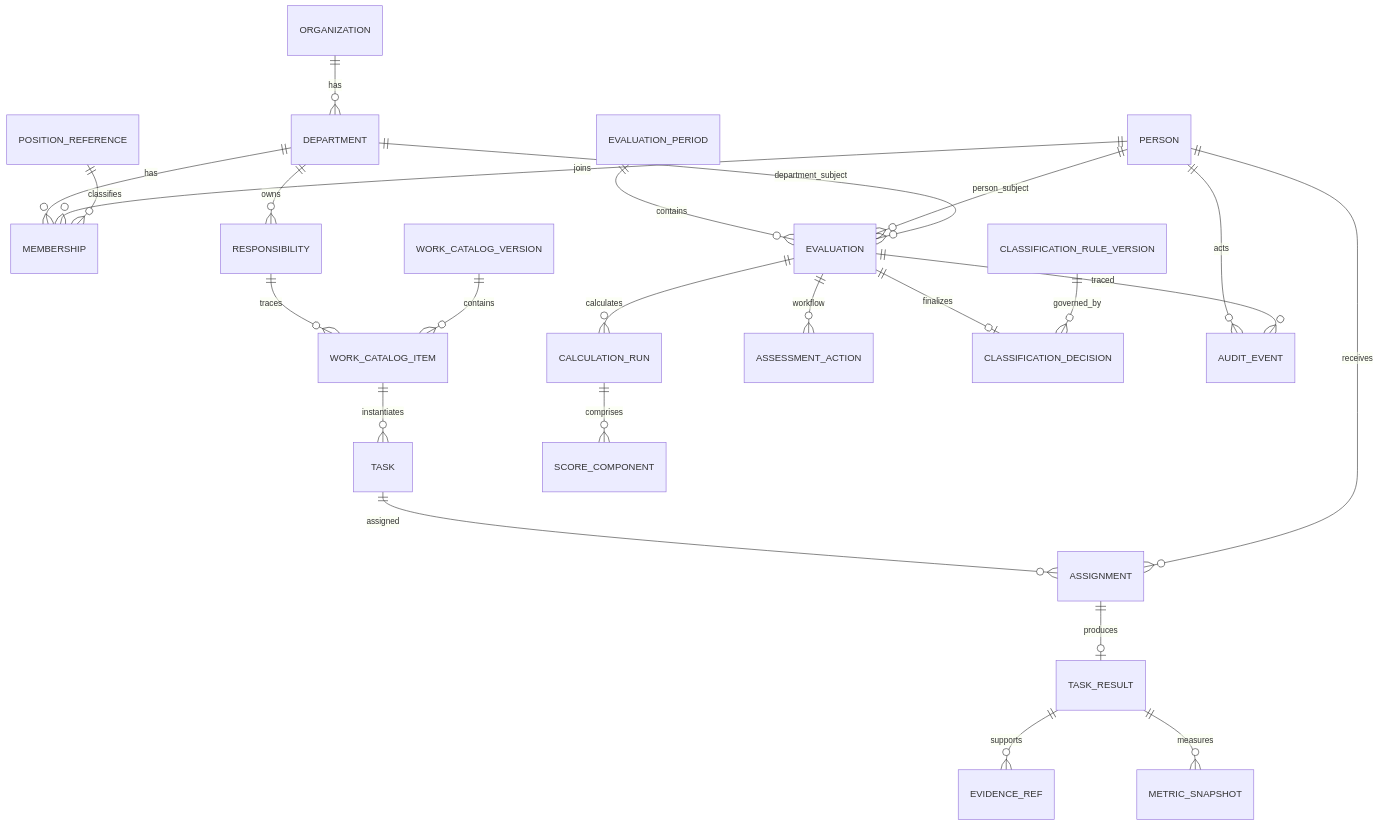
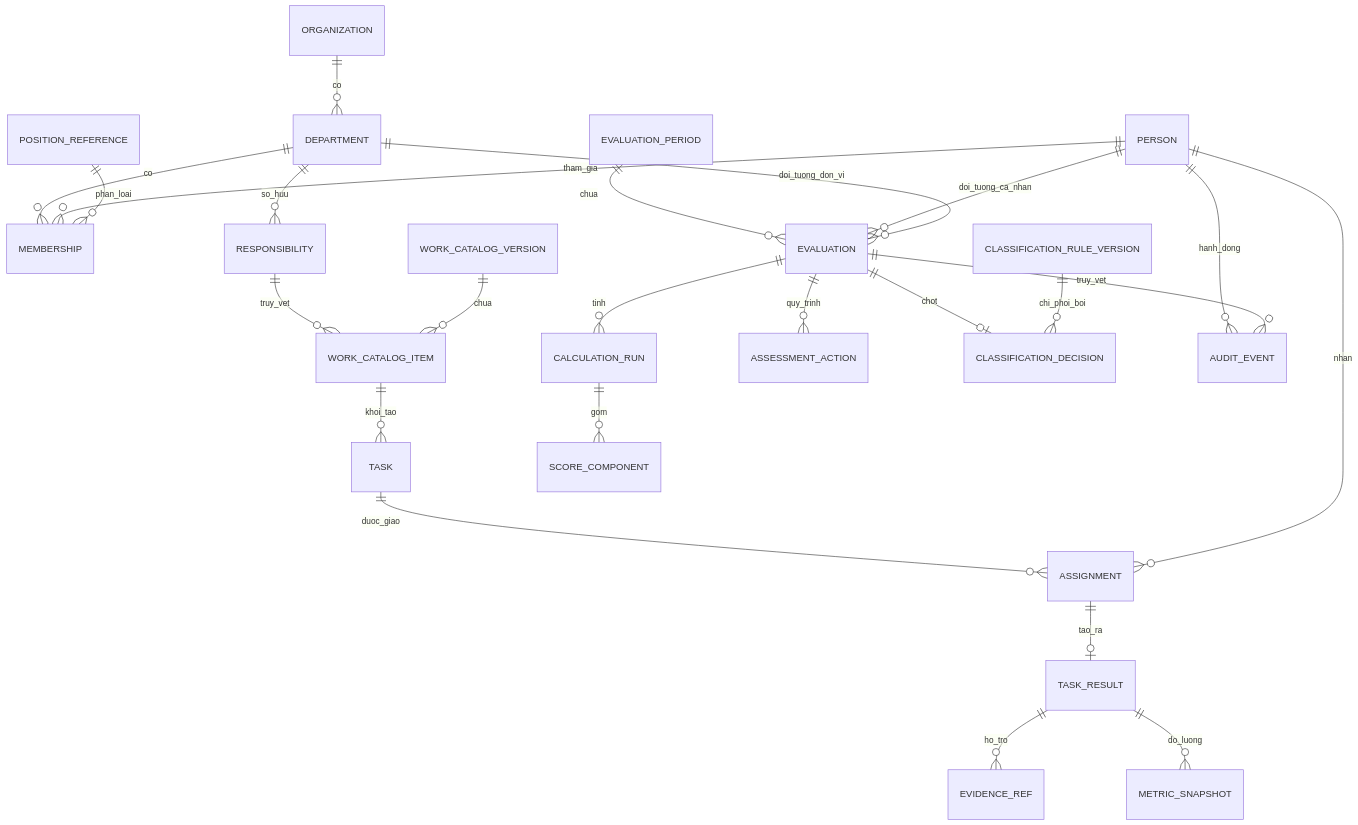
Before and after one commit to chotr/BTCTU: the diagram in docs/04-system-design/erd.md, drawn with Mermaid. The commit also changed other lines of this file and 48 other files, not shown here.

````diff
--- a/docs/04-system-design/erd.md
+++ b/docs/04-system-design/erd.md
@@ -5,29 +7,29 @@
 ```mermaid
 erDiagram
-  ORGANIZATION ||--o{ DEPARTMENT : has
-  DEPARTMENT ||--o{ MEMBERSHIP : has
-  PERSON ||--o{ MEMBERSHIP : joins
-  POSITION_REFERENCE ||--o{ MEMBERSHIP : classifies
-  DEPARTMENT ||--o{ RESPONSIBILITY : owns
+  ORGANIZATION ||--o{ DEPARTMENT : co
+  DEPARTMENT ||--o{ MEMBERSHIP : co
+  PERSON ||--o{ MEMBERSHIP : tham_gia
+  POSITION_REFERENCE ||--o{ MEMBERSHIP : phan_loai
+  DEPARTMENT ||--o{ RESPONSIBILITY : so_huu
 
-  RESPONSIBILITY ||--o{ WORK_CATALOG_ITEM : traces
-  WORK_CATALOG_VERSION ||--o{ WORK_CATALOG_ITEM : contains
-  WORK_CATALOG_ITEM ||--o{ TASK : instantiates
-  TASK ||--o{ ASSIGNMENT : assigned
-  PERSON ||--o{ ASSIGNMENT : receives
-  ASSIGNMENT ||--o| TASK_RESULT : produces
-  TASK_RESULT ||--o{ EVIDENCE_REF : supports
-  TASK_RESULT ||--o{ METRIC_SNAPSHOT : measures
+  RESPONSIBILITY ||--o{ WORK_CATALOG_ITEM : truy_vet
+  WORK_CATALOG_VERSION ||--o{ WORK_CATALOG_ITEM : chua
+  WORK_CATALOG_ITEM ||--o{ TASK : khoi_tao
+  TASK ||--o{ ASSIGNMENT : duoc_giao
+  PERSON ||--o{ ASSIGNMENT : nhan
+  ASSIGNMENT ||--o| TASK_RESULT : tao_ra
+  TASK_RESULT ||--o{ EVIDENCE_REF : ho_tro
+  TASK_RESULT ||--o{ METRIC_SNAPSHOT : do_luong
 
-  EVALUATION_PERIOD ||--o{ EVALUATION : contains
-  PERSON ||--o{ EVALUATION : person_subject
-  DEPARTMENT ||--o{ EVALUATION : department_subject
-  EVALUATION ||--o{ CALCULATION_RUN : calculates
-  CALCULATION_RUN ||--o{ SCORE_COMPONENT : comprises
-  EVALUATION ||--o{ ASSESSMENT_ACTION : workflow
-  EVALUATION ||--o| CLASSIFICATION_DECISION : finalizes
-  CLASSIFICATION_RULE_VERSION ||--o{ CLASSIFICATION_DECISION : governed_by
+  EVALUATION_PERIOD ||--o{ EVALUATION : chua
+  PERSON ||--o{ EVALUATION : doi_tuong_ca_nhan
+  DEPARTMENT ||--o{ EVALUATION : doi_tuong_don_vi
+  EVALUATION ||--o{ CALCULATION_RUN : tinh
+  CALCULATION_RUN ||--o{ SCORE_COMPONENT : gom
+  EVALUATION ||--o{ ASSESSMENT_ACTION : quy_trinh
+  EVALUATION ||--o| CLASSIFICATION_DECISION : chot
+  CLASSIFICATION_RULE_VERSION ||--o{ CLASSIFICATION_DECISION : chi_phoi_boi
 
-  PERSON ||--o{ AUDIT_EVENT : acts
-  EVALUATION ||--o{ AUDIT_EVENT : traced
+  PERSON ||--o{ AUDIT_EVENT : hanh_dong
+  EVALUATION ||--o{ AUDIT_EVENT : truy_vet
 ```
````
